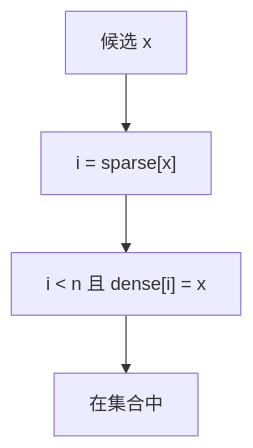
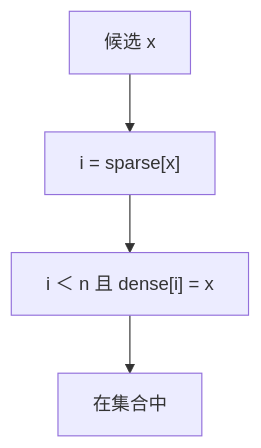
Before and after one commit to xhongduo-tech/xhongduo-tech.github.io: the diagram in docs/cs/sparse-set.md, drawn with Mermaid. The commit also changed other lines of this file and 772 other files, not shown here.

````diff
--- a/docs/cs/sparse-set.md
+++ b/docs/cs/sparse-set.md
@@ -32,6 +32,6 @@
 ```mermaid
 flowchart TD
   X["候选 x"] --> SP["i = sparse[x]"]
-  SP --> CK["i < n 且 dense[i] = x"]
+  SP --> CK["i ＜ n 且 dense[i] = x"]
   CK --> IN["在集合中"]
 ```
````
